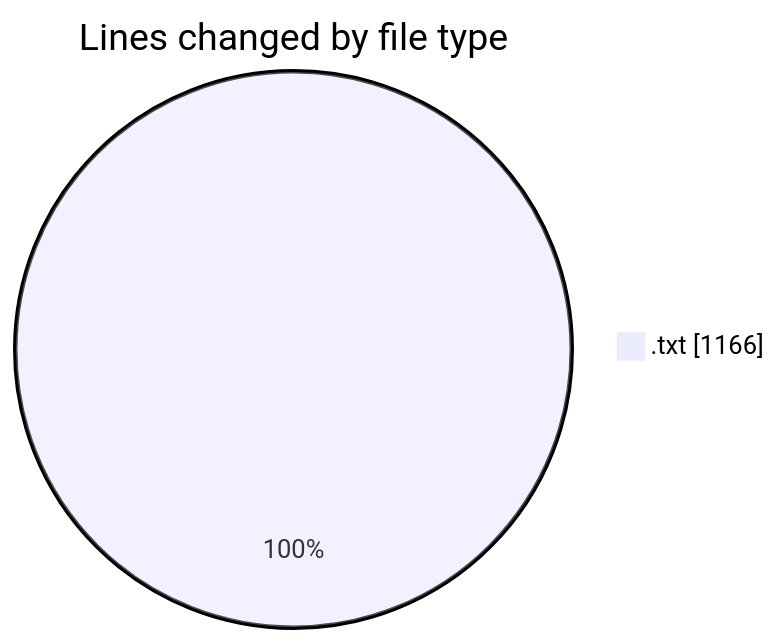
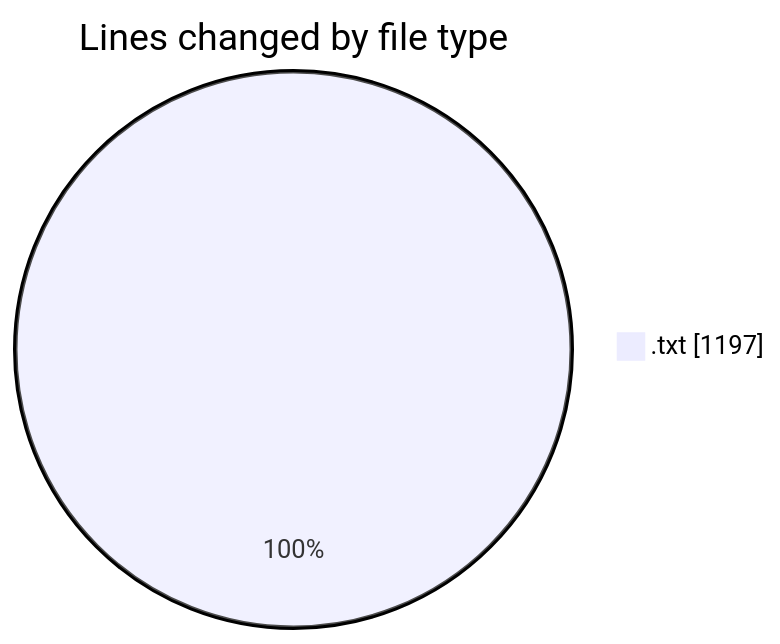
The first of 2 diagrams in 2026-11-23/cilapp/README.md (ricardozamudiocil/code-tracking), drawn with Mermaid before and after one commit. The commit also changed other lines of this file and 1 other file, not shown here.

````diff
--- a/2026-11-23/cilapp/README.md
+++ b/2026-11-23/cilapp/README.md
@@ -20,5 +20,5 @@
 ```mermaid
 pie showData
 title Lines changed by file type
-".txt" : 1166
+".txt" : 1197
 ```
````
